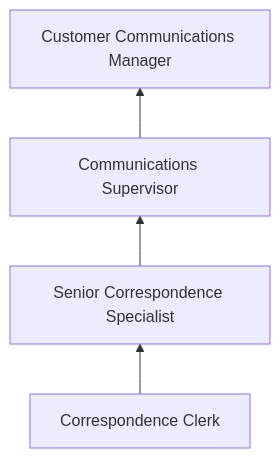
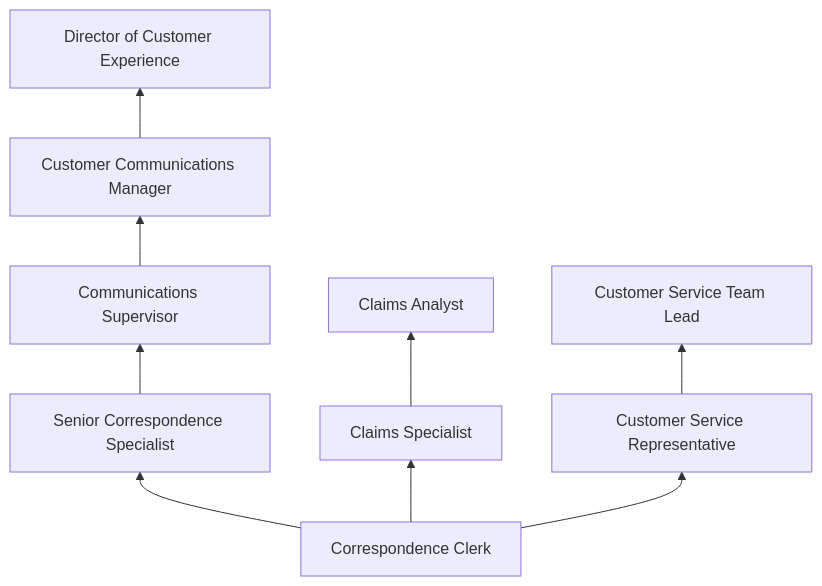
One commit to kziemski/business.org.ai changed the third of 4 diagrams in occupations/Administrative/CorrespondenceClerks.mdx. Above: the diagram before and after it, drawn with Mermaid. The commit also changed other lines of this file and 13418 other files, not shown here.

First line of the commit message:
feat: add sequence diagrams and enrich occupations and industry processes

````diff
--- a/occupations/Administrative/CorrespondenceClerks.mdx
+++ b/occupations/Administrative/CorrespondenceClerks.mdx
@@ -73,6 +135,13 @@
 ```mermaid
 graph BT
     Entry["Correspondence Clerk"] --> Mid["Senior Correspondence Specialist"]
     Mid --> Supervisor["Communications Supervisor"]
     Supervisor --> Manager["Customer Communications Manager"]
+    Manager --> Director["Director of Customer Experience"]
+
+    Entry --> Specialist["Claims Specialist"]
+    Specialist --> Analyst["Claims Analyst"]
+
+    Entry --> CSR["Customer Service Representative"]
+    CSR --> TeamLead["Customer Service Team Lead"]
 ```
````
